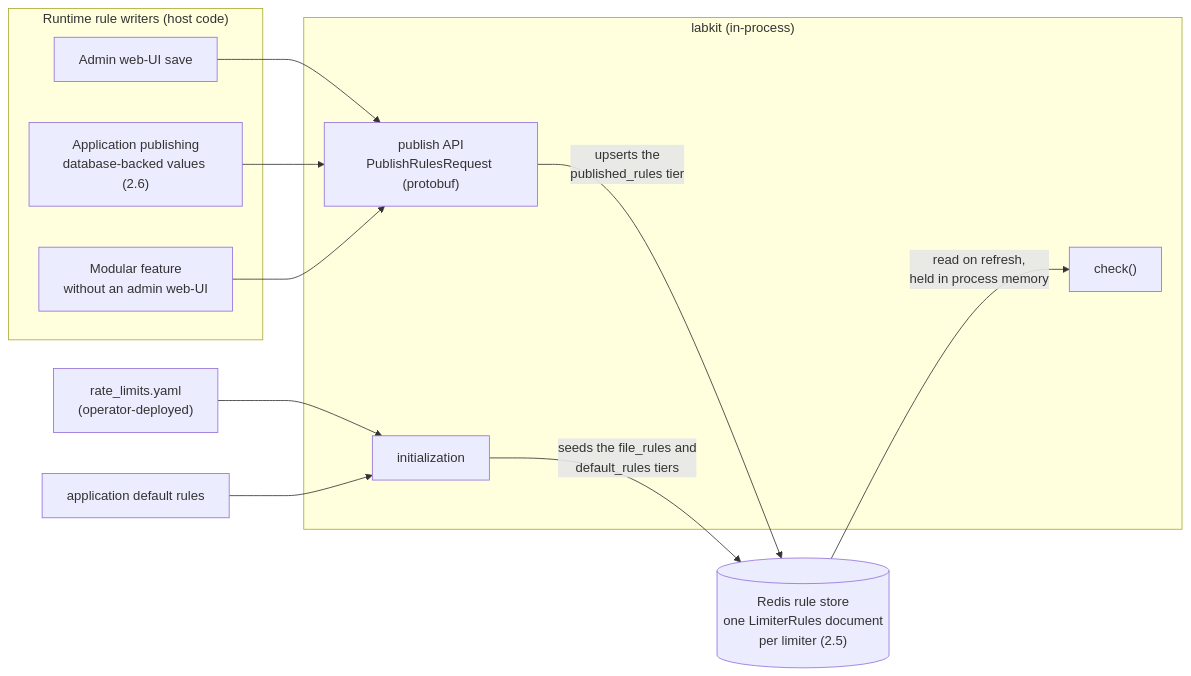
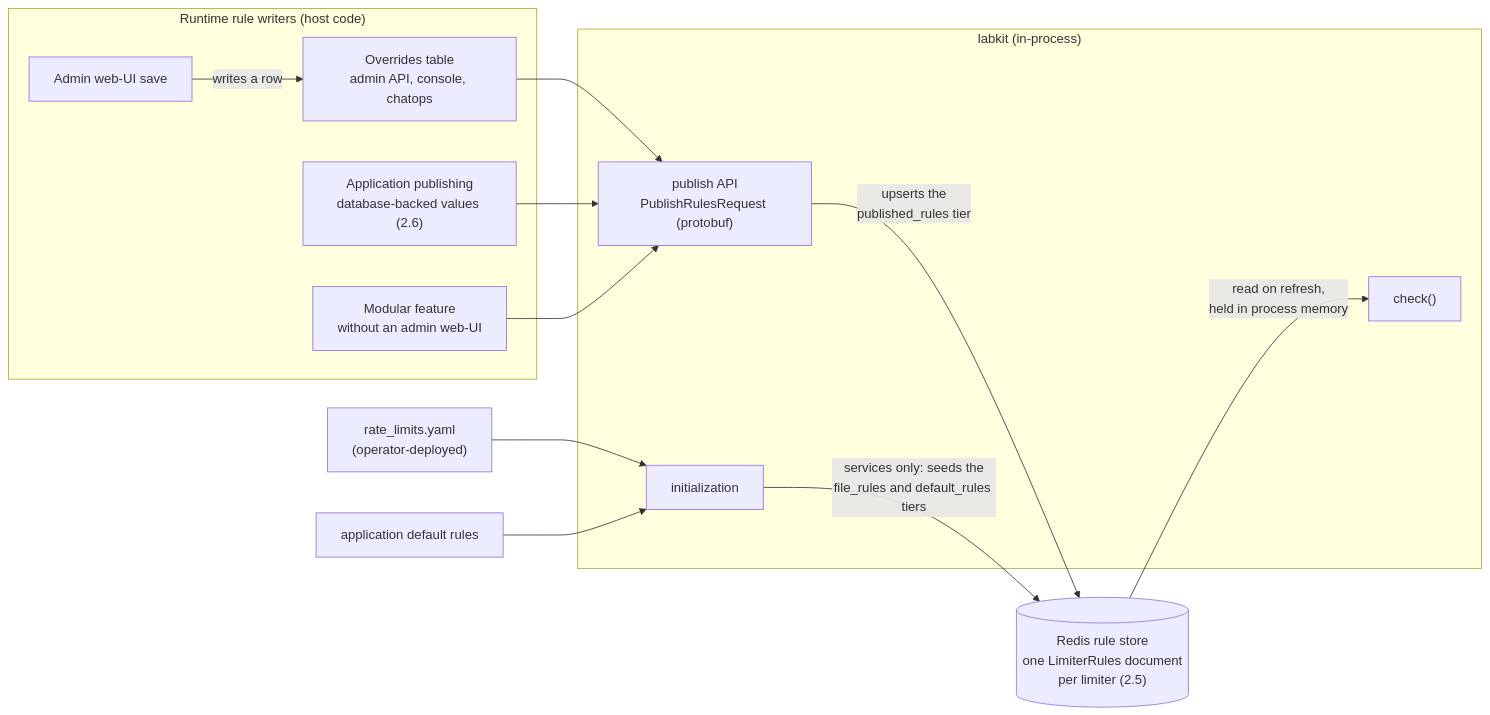
The first of 2 diagrams in content/handbook/engineering/architecture/design-documents/unified_rate_limiting/_index.md (kyama0/gitlab-handbook-ja), drawn with Mermaid before and after one commit. The commit also changed other lines of this file and 59 other files, not shown here.

````diff
--- a/content/handbook/engineering/architecture/design-documents/unified_rate_limiting/_index.md
+++ b/content/handbook/engineering/architecture/design-documents/unified_rate_limiting/_index.md
@@ -636,27 +888,29 @@
 ```mermaid
 flowchart LR
     subgraph writers["Runtime rule writers (host code)"]
+        tbl["Overrides table<br/>admin API, console, chatops"]
         ui["Admin web-UI save"]
         app["Application publishing<br/>database-backed values (2.6)"]
         feature["Modular feature<br/>without an admin web-UI"]
     end
 
     subgraph labkit["labkit (in-process)"]
         pub["publish API<br/>PublishRulesRequest (protobuf)"]
         boot["initialization"]
         chk["check()"]
     end
 
     yaml["rate_limits.yaml<br/>(operator-deployed)"]
     defaults["application default rules"]
     redis[("Redis rule store<br/>one LimiterRules document<br/>per limiter (2.5)")]
 
-    ui --> pub
+    tbl --> pub
+    ui -- "writes a row" --> tbl
     app --> pub
     feature --> pub
     yaml --> boot
     defaults --> boot
     pub -- "upserts the<br/>published_rules tier" --> redis
-    boot -- "seeds the file_rules and<br/>default_rules tiers" --> redis
+    boot -- "services only: seeds the<br/>file_rules and default_rules tiers" --> redis
     redis -- "read on refresh,<br/>held in process memory" --> chk
 ```
````
